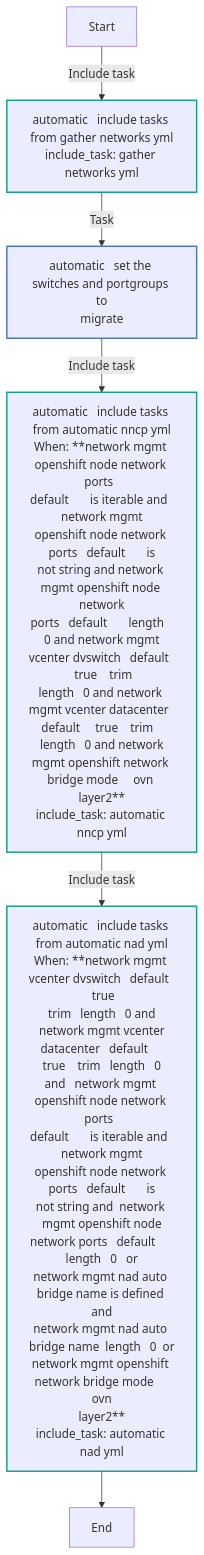
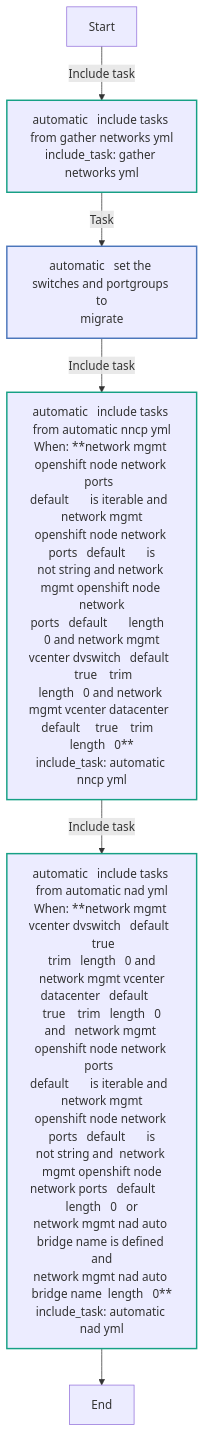
The third of 9 diagrams in roles/network_mgmt/README.md (redhat-cop/openshift_virtualization_migration), drawn with Mermaid before and after one commit. The commit also changed other lines of this file and 12 other files, not shown here.

````diff
--- a/roles/network_mgmt/README.md
+++ b/roles/network_mgmt/README.md
@@ -218,18 +208,18 @@
 ```mermaid
 flowchart TD
 Start
 classDef block stroke:#3498db,stroke-width:2px;
 classDef task stroke:#4b76bb,stroke-width:2px;
 classDef includeTasks stroke:#16a085,stroke-width:2px;
 classDef importTasks stroke:#34495e,stroke-width:2px;
 classDef includeRole stroke:#2980b9,stroke-width:2px;
 classDef importRole stroke:#699ba7,stroke-width:2px;
 classDef includeVars stroke:#8e44ad,stroke-width:2px;
 classDef rescue stroke:#665352,stroke-width:2px;
 
   Start-->|Include task| automatic___Include_tasks_from_gather_networks_yml_gather_networks_yml_0[automatic   include tasks from gather networks yml<br>include_task: gather networks yml]:::includeTasks
   automatic___Include_tasks_from_gather_networks_yml_gather_networks_yml_0-->|Task| automatic___Set_the_switches_and_portgroups_to_migrate1[automatic   set the switches and portgroups to<br>migrate]:::task
-  automatic___Set_the_switches_and_portgroups_to_migrate1-->|Include task| automatic___Include_tasks_from_automatic_nncp_yml_automatic_nncp_yml_2[automatic   include tasks from automatic nncp yml<br>When: **network mgmt openshift node network ports  <br>default       is iterable and  network mgmt<br>openshift node network ports   default       is<br>not string and network mgmt openshift node network<br>ports   default       length   0 and network mgmt<br>vcenter dvswitch   default     true    trim  <br>length   0 and network mgmt vcenter datacenter  <br>default     true    trim   length   0 and network<br>mgmt openshift network bridge mode     ovn layer2**<br>include_task: automatic nncp yml]:::includeTasks
-  automatic___Include_tasks_from_automatic_nncp_yml_automatic_nncp_yml_2-->|Include task| automatic___Include_tasks_from_automatic_nad_yml_automatic_nad_yml_3[automatic   include tasks from automatic nad yml<br>When: **network mgmt vcenter dvswitch   default     true  <br> trim   length   0 and network mgmt vcenter<br>datacenter   default     true    trim   length   0<br>and   network mgmt openshift node network ports  <br>default       is iterable and  network mgmt<br>openshift node network ports   default       is<br>not string and  network mgmt openshift node<br>network ports   default       length   0   or <br>network mgmt nad auto bridge name is defined and<br>network mgmt nad auto bridge name  length   0  or<br>network mgmt openshift network bridge mode     ovn<br>layer2**<br>include_task: automatic nad yml]:::includeTasks
+  automatic___Set_the_switches_and_portgroups_to_migrate1-->|Include task| automatic___Include_tasks_from_automatic_nncp_yml_automatic_nncp_yml_2[automatic   include tasks from automatic nncp yml<br>When: **network mgmt openshift node network ports  <br>default       is iterable and  network mgmt<br>openshift node network ports   default       is<br>not string and network mgmt openshift node network<br>ports   default       length   0 and network mgmt<br>vcenter dvswitch   default     true    trim  <br>length   0 and network mgmt vcenter datacenter  <br>default     true    trim   length   0**<br>include_task: automatic nncp yml]:::includeTasks
+  automatic___Include_tasks_from_automatic_nncp_yml_automatic_nncp_yml_2-->|Include task| automatic___Include_tasks_from_automatic_nad_yml_automatic_nad_yml_3[automatic   include tasks from automatic nad yml<br>When: **network mgmt vcenter dvswitch   default     true  <br> trim   length   0 and network mgmt vcenter<br>datacenter   default     true    trim   length   0<br>and   network mgmt openshift node network ports  <br>default       is iterable and  network mgmt<br>openshift node network ports   default       is<br>not string and  network mgmt openshift node<br>network ports   default       length   0   or <br>network mgmt nad auto bridge name is defined and<br>network mgmt nad auto bridge name  length   0**<br>include_task: automatic nad yml]:::includeTasks
   automatic___Include_tasks_from_automatic_nad_yml_automatic_nad_yml_3-->End
 ```
````
